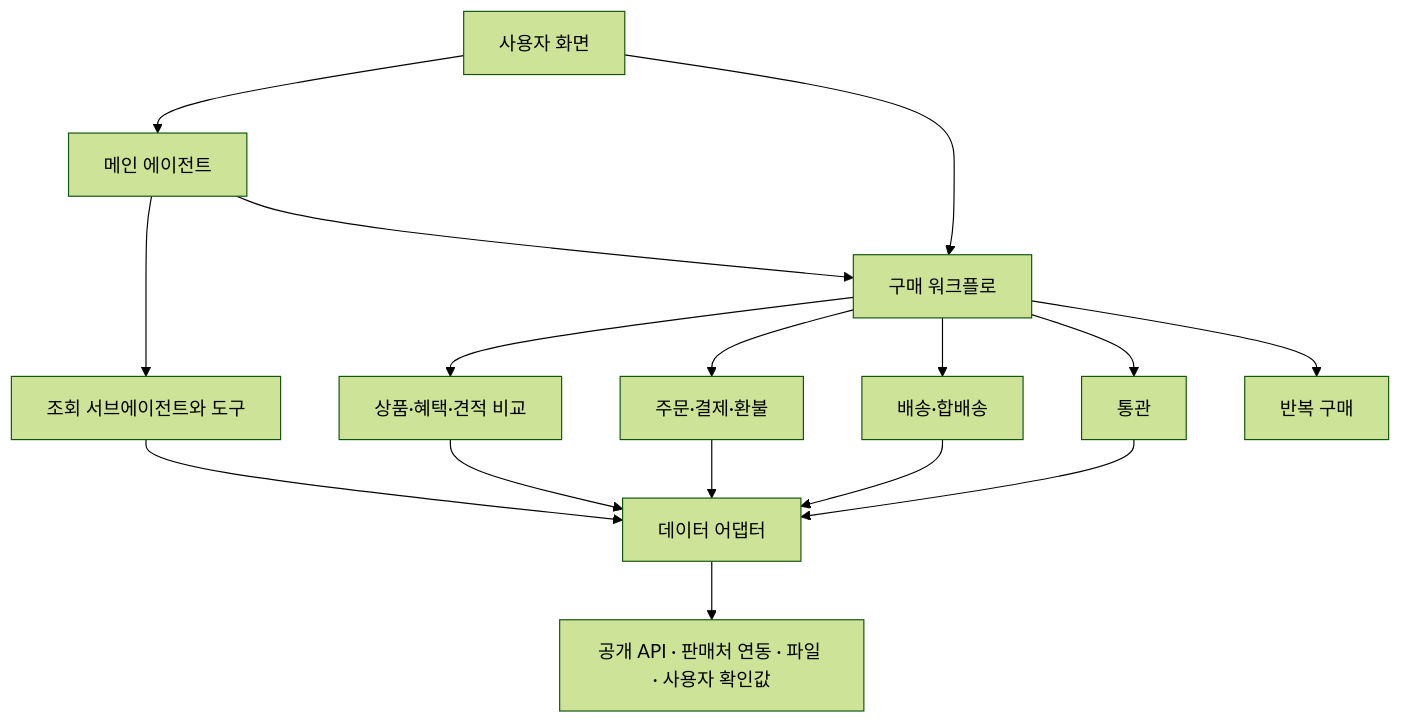
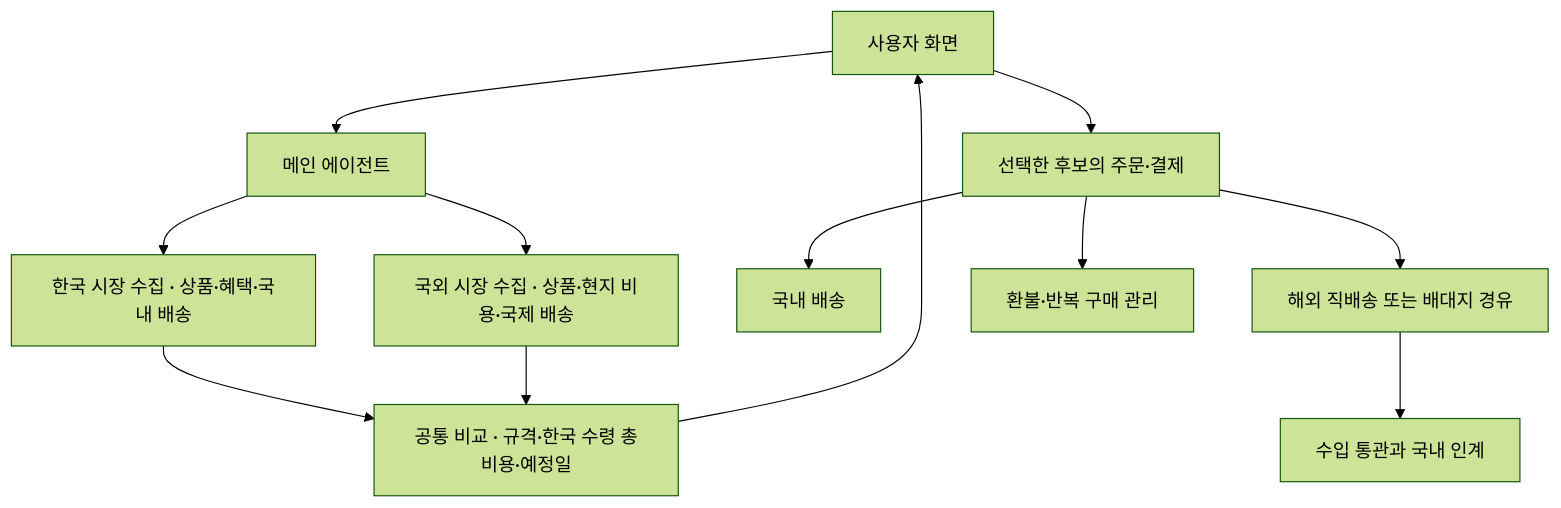
One commit to mymh121-spec/FCC-future-commerce-challenge-261122 changed the diagram in architecture.md. Above: the diagram before and after it, drawn with Mermaid (forest theme). The commit also changed other lines of this file, not shown here.

````diff
--- a/architecture.md
+++ b/architecture.md
@@ -7,18 +7,14 @@
 ```mermaid
 flowchart TD
     U["사용자 화면"] --> A["메인 에이전트"]
-    A --> S["조회 서브에이전트와 도구"]
-    A --> W["구매 워크플로"]
-    U --> W
-    W --> Q["상품·혜택·견적 비교"]
-    W --> O["주문·결제·환불"]
-    W --> F["배송·합배송"]
-    W --> C["통관"]
-    W --> R["반복 구매"]
-    S --> D["데이터 어댑터"]
-    Q --> D
-    O --> D
-    F --> D
-    C --> D
-    D --> E["공개 API · 판매처 연동 · 파일 · 사용자 확인값"]
+    A --> K["한국 시장 수집 · 상품·혜택·국내 배송"]
+    A --> I["국외 시장 수집 · 상품·현지 비용·국제 배송"]
+    K --> Q["공통 비교 · 규격·한국 수령 총비용·예정일"]
+    I --> Q
+    Q --> U
+    U --> W["선택한 후보의 주문·결제"]
+    W --> D["국내 배송"]
+    W --> X["해외 직배송 또는 배대지 경유"]
+    X --> C["수입 통관과 국내 인계"]
+    W --> R["환불·반복 구매 관리"]
 ```
````
